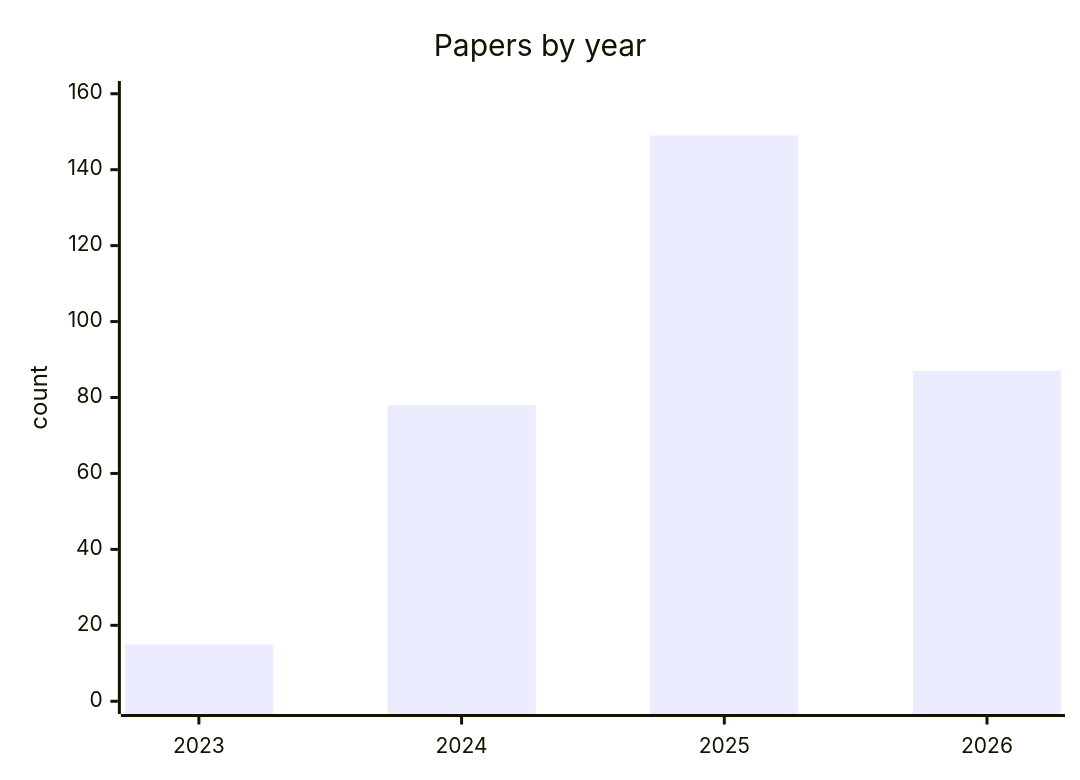
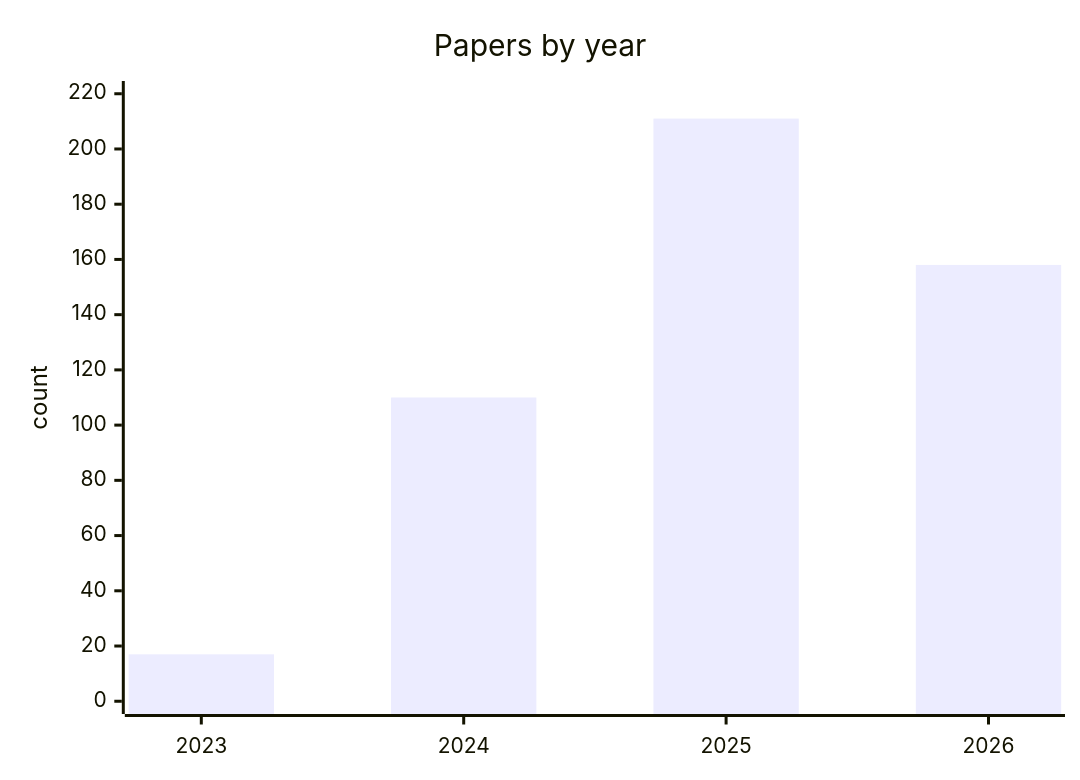
Before and after one commit to chateda-ichip/Awesome-AI-for-Chip-Design: the first of 2 diagrams in README.md, drawn with Mermaid. The commit also changed other lines of this file, not shown here.

````diff
--- a/README.md
+++ b/README.md
@@ -19,7 +19,7 @@
 ```mermaid
 xychart-beta
     title "Papers by year"
     x-axis [2023, 2024, 2025, 2026]
-    y-axis "count" 0 --> 160
-    bar [15, 78, 149, 87]
+    y-axis "count" 0 --> 220
+    bar [17, 110, 211, 158]
 ```
````
